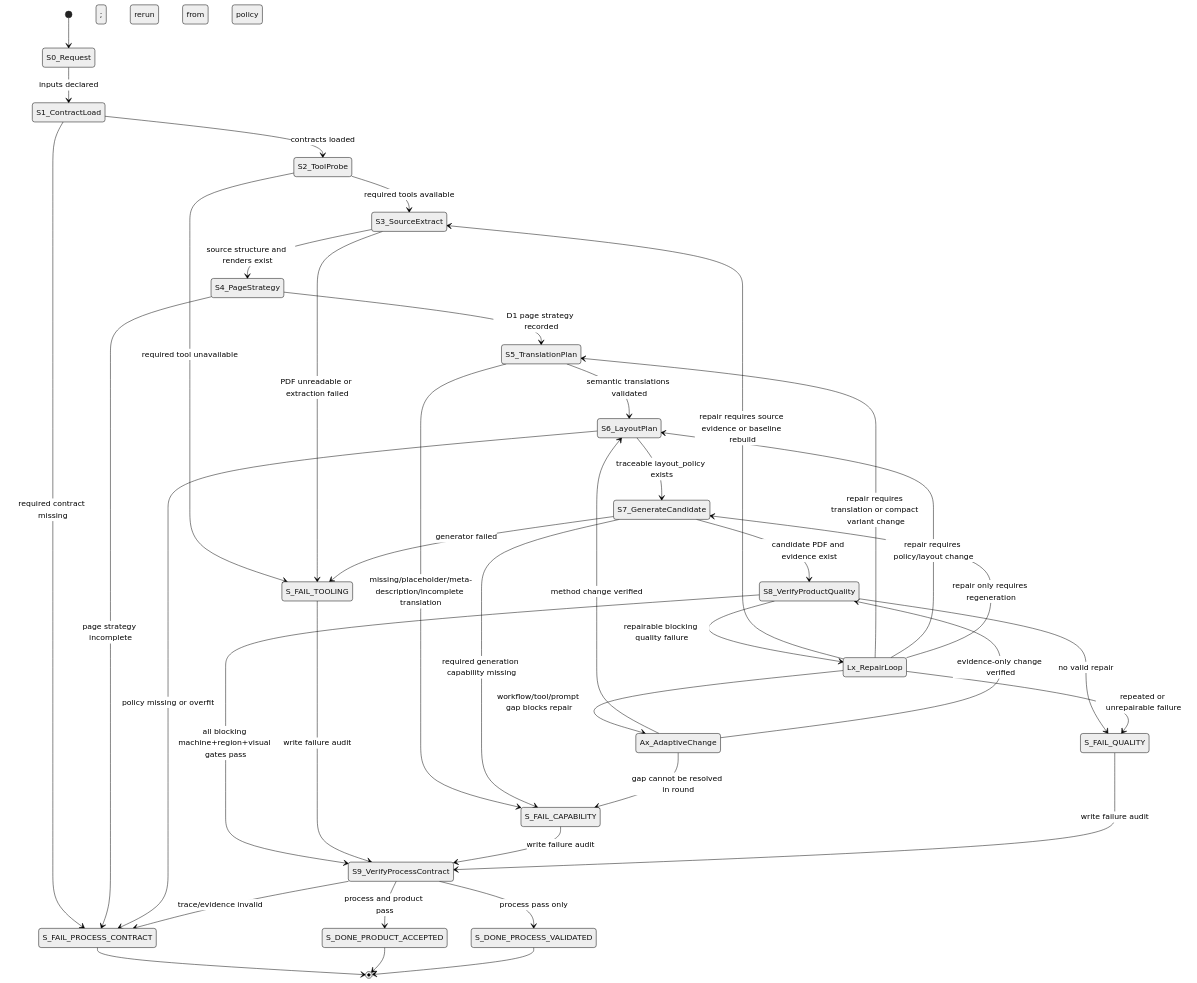
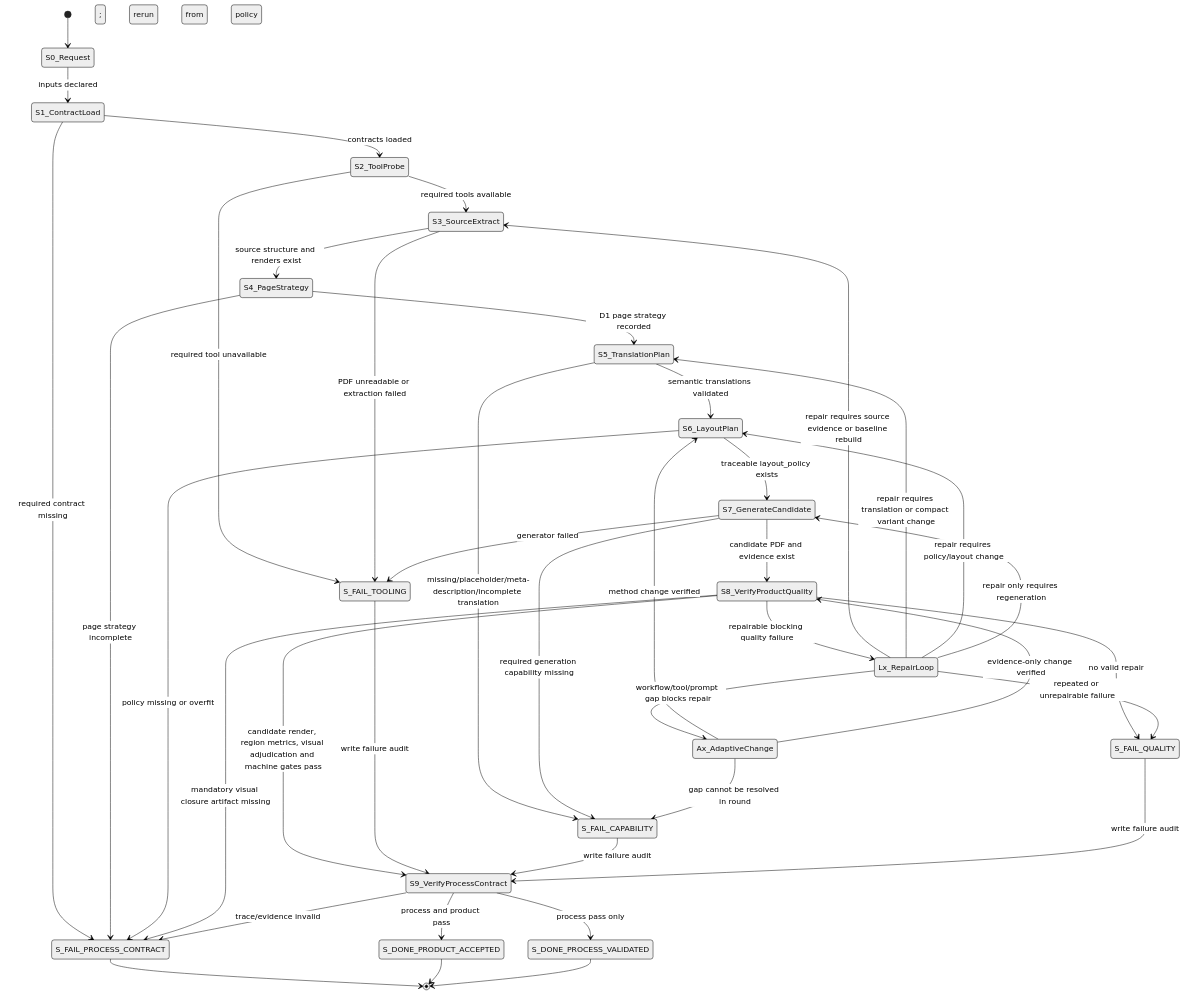
The fifth of 8 diagrams in docs/业务流程/PDF_语义翻译回填_标准流程设计.md (huacc/transflow), drawn with Mermaid (neutral theme) before and after one commit. The commit also changed other lines of this file and 717 other files, not shown here.

````diff
--- a/docs/业务流程/PDF_语义翻译回填_标准流程设计.md
+++ b/docs/业务流程/PDF_语义翻译回填_标准流程设计.md
@@ -1332,54 +1389,55 @@
 ```mermaid
 stateDiagram-v2
   [*] --> S0_Request
 
   S0_Request --> S1_ContractLoad: inputs declared
   S1_ContractLoad --> S2_ToolProbe: contracts loaded
   S1_ContractLoad --> S_FAIL_PROCESS_CONTRACT: required contract missing
 
   S2_ToolProbe --> S3_SourceExtract: required tools available
   S2_ToolProbe --> S_FAIL_TOOLING: required tool unavailable
 
   S3_SourceExtract --> S4_PageStrategy: source structure and renders exist
   S3_SourceExtract --> S_FAIL_TOOLING: PDF unreadable or extraction failed
 
   S4_PageStrategy --> S5_TranslationPlan: D1 page strategy recorded
   S4_PageStrategy --> S_FAIL_PROCESS_CONTRACT: page strategy incomplete
 
   S5_TranslationPlan --> S6_LayoutPlan: semantic translations validated
   S5_TranslationPlan --> S_FAIL_CAPABILITY: missing/placeholder/meta-description/incomplete translation
 
   S6_LayoutPlan --> S7_GenerateCandidate: traceable layout_policy exists
   S6_LayoutPlan --> S_FAIL_PROCESS_CONTRACT: policy missing or overfit
 
   S7_GenerateCandidate --> S8_VerifyProductQuality: candidate PDF and evidence exist
   S7_GenerateCandidate --> S_FAIL_TOOLING: generator failed
   S7_GenerateCandidate --> S_FAIL_CAPABILITY: required generation capability missing
 
-  S8_VerifyProductQuality --> S9_VerifyProcessContract: all blocking machine+region+visual gates pass
+  S8_VerifyProductQuality --> S9_VerifyProcessContract: candidate render, region metrics, visual adjudication and machine gates pass
   S8_VerifyProductQuality --> Lx_RepairLoop: repairable blocking quality failure
   S8_VerifyProductQuality --> S_FAIL_QUALITY: no valid repair
+  S8_VerifyProductQuality --> S_FAIL_PROCESS_CONTRACT: mandatory visual closure artifact missing
 
   Lx_RepairLoop --> S3_SourceExtract: repair requires source evidence or baseline rebuild
   Lx_RepairLoop --> S5_TranslationPlan: repair requires translation or compact variant change
   Lx_RepairLoop --> S6_LayoutPlan: repair requires policy/layout change
   Lx_RepairLoop --> S7_GenerateCandidate: repair only requires regeneration
   Lx_RepairLoop --> Ax_AdaptiveChange: workflow/tool/prompt gap blocks repair
   Lx_RepairLoop --> S_FAIL_QUALITY: repeated or unrepairable failure
 
   Ax_AdaptiveChange --> S6_LayoutPlan: method change verified; rerun from policy
   Ax_AdaptiveChange --> S8_VerifyProductQuality: evidence-only change verified
   Ax_AdaptiveChange --> S_FAIL_CAPABILITY: gap cannot be resolved in round
 
   S_FAIL_TOOLING --> S9_VerifyProcessContract: write failure audit
   S_FAIL_CAPABILITY --> S9_VerifyProcessContract: write failure audit
   S_FAIL_QUALITY --> S9_VerifyProcessContract: write failure audit
   S_FAIL_PROCESS_CONTRACT --> [*]
 
   S9_VerifyProcessContract --> S_DONE_PRODUCT_ACCEPTED: process and product pass
   S9_VerifyProcessContract --> S_DONE_PROCESS_VALIDATED: process pass only
   S9_VerifyProcessContract --> S_FAIL_PROCESS_CONTRACT: trace/evidence invalid
 
   S_DONE_PRODUCT_ACCEPTED --> [*]
   S_DONE_PROCESS_VALIDATED --> [*]
 ```
````
